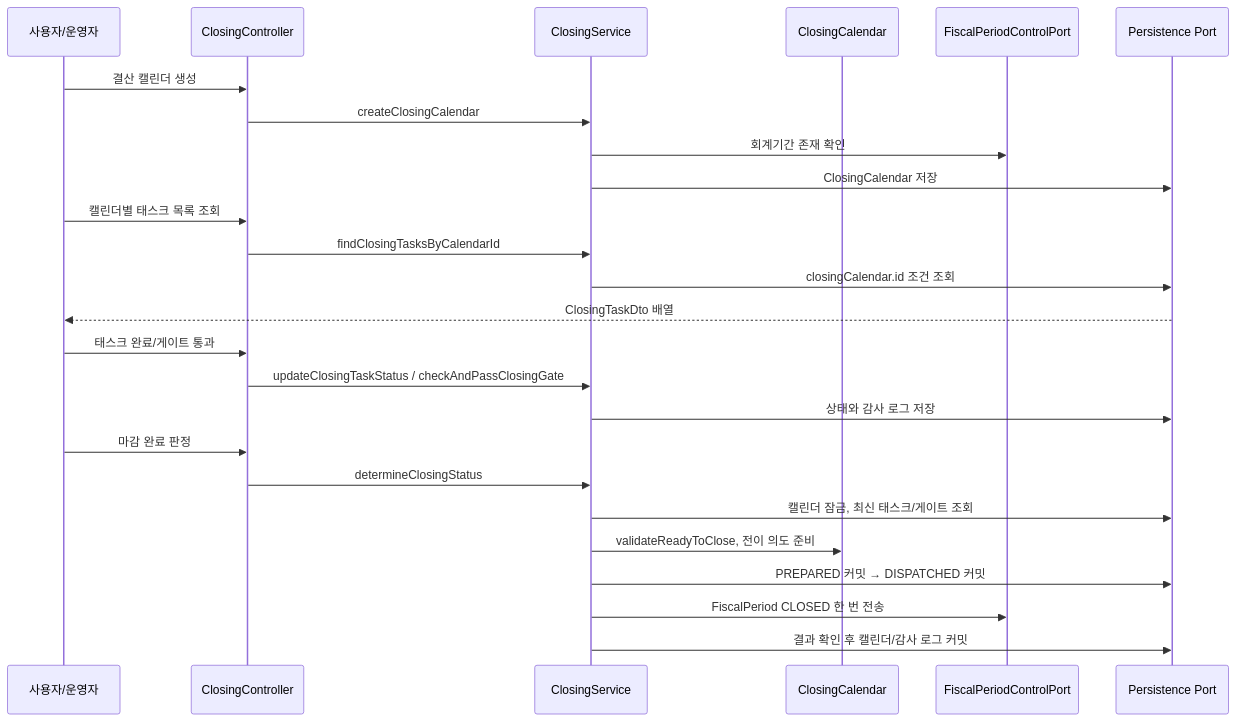
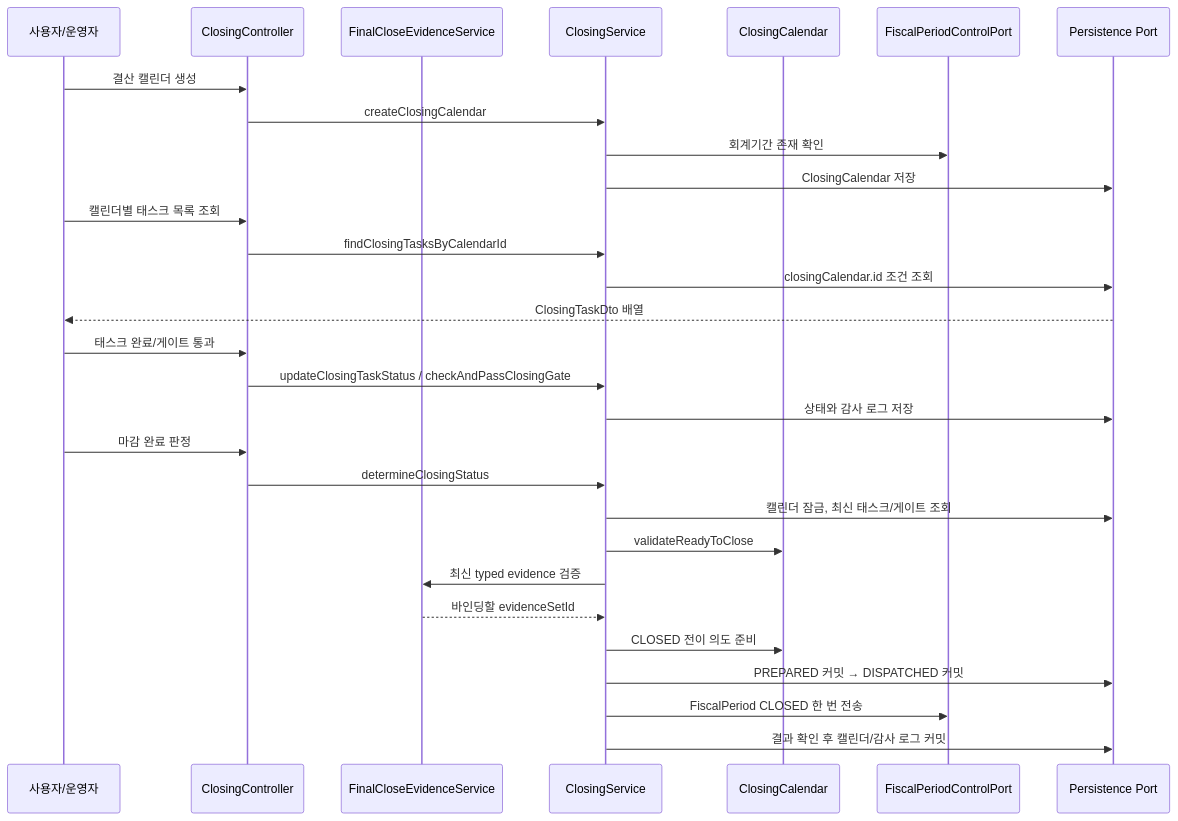
Before and after one commit to skyg547/account: the second of 5 diagrams in closing/docs/process-flow.md, drawn with Mermaid. The commit also changed other lines of this file and 51 other files, not shown here.

Commit message:
GH-778: require typed final-close evidence

````diff
--- a/closing/docs/process-flow.md
+++ b/closing/docs/process-flow.md
@@ -44,31 +44,35 @@
 ```mermaid
 sequenceDiagram
     participant User as 사용자/운영자
     participant API as ClosingController
+    participant Evidence as FinalCloseEvidenceService
     participant Service as ClosingService
     participant Domain as ClosingCalendar
     participant Master as FiscalPeriodControlPort
     participant Store as Persistence Port
 
     User->>API: 결산 캘린더 생성
     API->>Service: createClosingCalendar
     Service->>Master: 회계기간 존재 확인
     Service->>Store: ClosingCalendar 저장
 
     User->>API: 캘린더별 태스크 목록 조회
     API->>Service: findClosingTasksByCalendarId
     Service->>Store: closingCalendar.id 조건 조회
     Store-->>User: ClosingTaskDto 배열
 
     User->>API: 태스크 완료/게이트 통과
     API->>Service: updateClosingTaskStatus / checkAndPassClosingGate
     Service->>Store: 상태와 감사 로그 저장
 
     User->>API: 마감 완료 판정
     API->>Service: determineClosingStatus
     Service->>Store: 캘린더 잠금, 최신 태스크/게이트 조회
-    Service->>Domain: validateReadyToClose, 전이 의도 준비
+    Service->>Domain: validateReadyToClose
+    Service->>Evidence: 최신 typed evidence 검증
+    Evidence-->>Service: 바인딩할 evidenceSetId
+    Service->>Domain: CLOSED 전이 의도 준비
     Service->>Store: PREPARED 커밋 → DISPATCHED 커밋
     Service->>Master: FiscalPeriod CLOSED 한 번 전송
     Service->>Store: 결과 확인 후 캘린더/감사 로그 커밋
 ```
````
